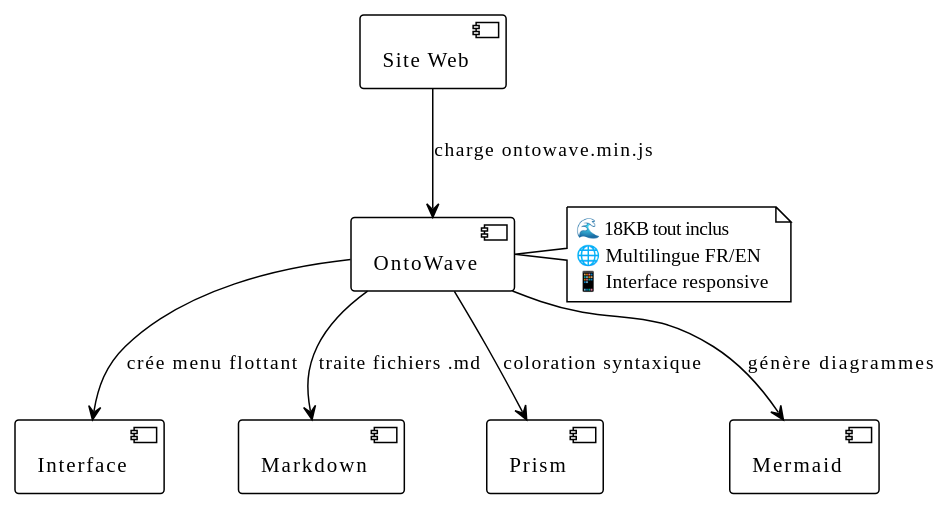
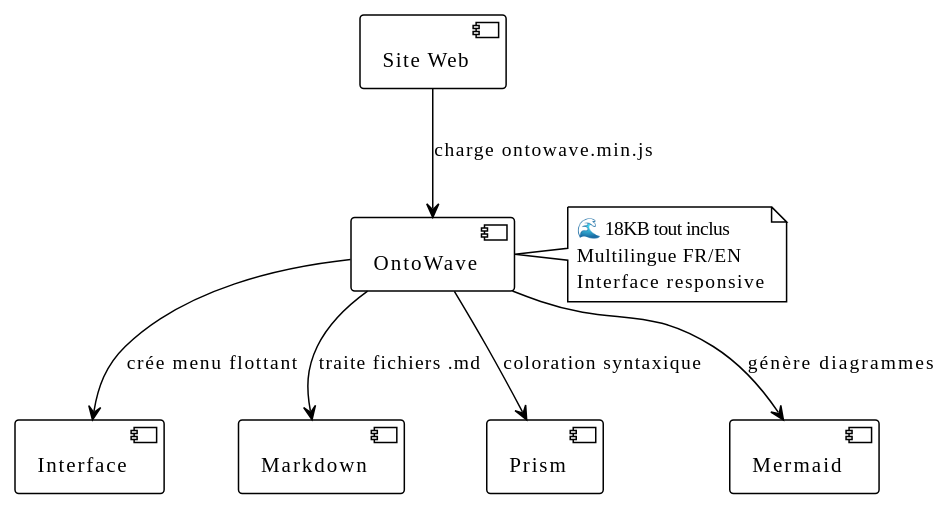
One commit to stephanedenis/OntoWave changed the third of 3 diagrams in docs/index.fr.md. Above: the diagram before and after it, drawn with PlantUML. The commit also changed other lines of this file and 83 other files, not shown here.

````diff
--- a/docs/index.fr.md
+++ b/docs/index.fr.md
@@ -72,18 +72,18 @@
 ```plantuml
 @startuml
 !theme plain
 skinparam backgroundColor transparent
 
 [Site Web] --> [OntoWave] : charge ontowave.min.js
 [OntoWave] --> [Interface] : crée menu flottant
 [OntoWave] --> [Markdown] : traite fichiers .md
 [OntoWave] --> [Prism] : coloration syntaxique
 [OntoWave] --> [Mermaid] : génère diagrammes
 
 note right of [OntoWave]
   🌊 18KB tout inclus
-  🌐 Multilingue FR/EN
-  📱 Interface responsive
+  Multilingue FR/EN
+  Interface responsive
 end note
 @enduml
 ```
````
